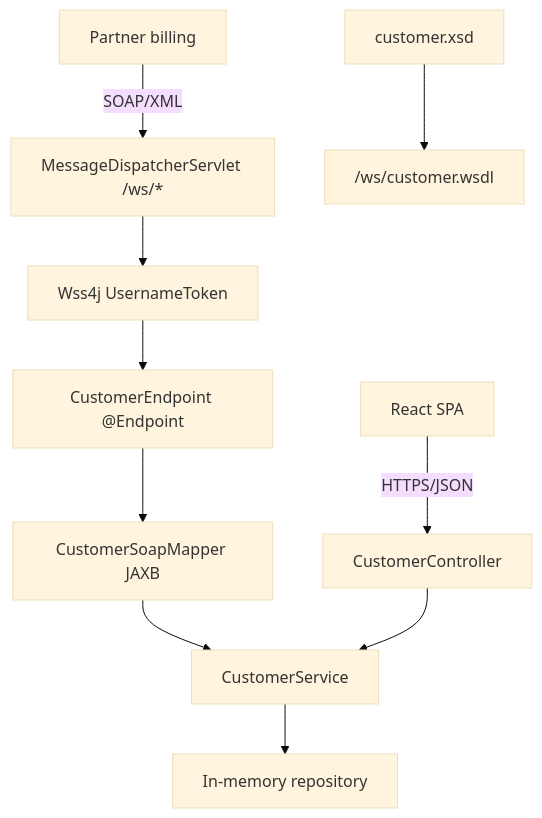
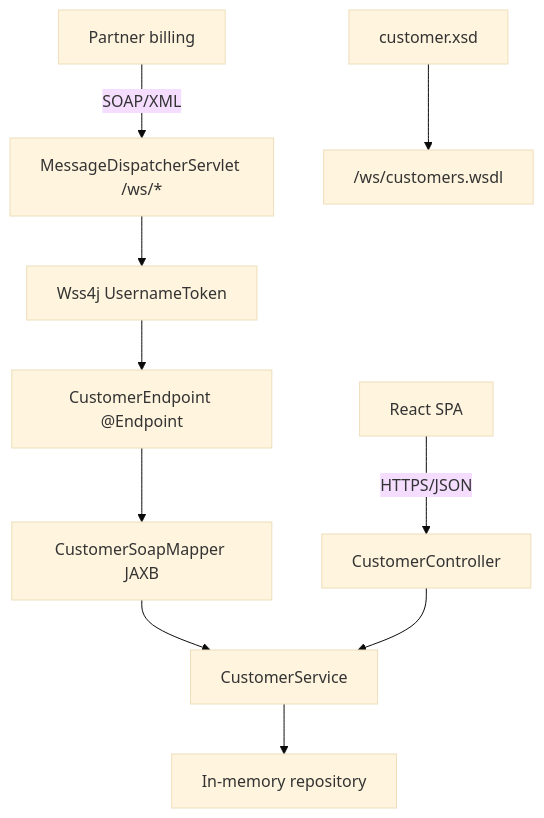
The diagram in labs/Week 3 - Spring Framework and Enterprise Patterns/module-24/lab24/LAB-24-GUIDE.md (Innovation-In-Software/bc-sw-engineer-java-participant), drawn with Mermaid (base theme) before and after one commit. The commit also changed other lines of this file and 101 other files, not shown here.

````diff
--- a/labs/Week 3 - Spring Framework and Enterprise Patterns/module-24/lab24/LAB-24-GUIDE.md
+++ b/labs/Week 3 - Spring Framework and Enterprise Patterns/module-24/lab24/LAB-24-GUIDE.md
@@ -109,12 +109,12 @@
 ```mermaid
 flowchart TB
   Partner["Partner billing"] -->|SOAP/XML| MDS["MessageDispatcherServlet /ws/*"]
   MDS --> WSS["Wss4j UsernameToken"]
   WSS --> EP["CustomerEndpoint @Endpoint"]
   EP --> Map["CustomerSoapMapper JAXB"]
   Map --> Svc["CustomerService"]
   Svc --> Repo["In-memory repository"]
   UI["React SPA"] -->|HTTPS/JSON| REST["CustomerController"]
   REST --> Svc
-  XSD["customer.xsd"] --> WSDL["/ws/customer.wsdl"]
+  XSD["customer.xsd"] --> WSDL["/ws/customers.wsdl"]
 ```
````
